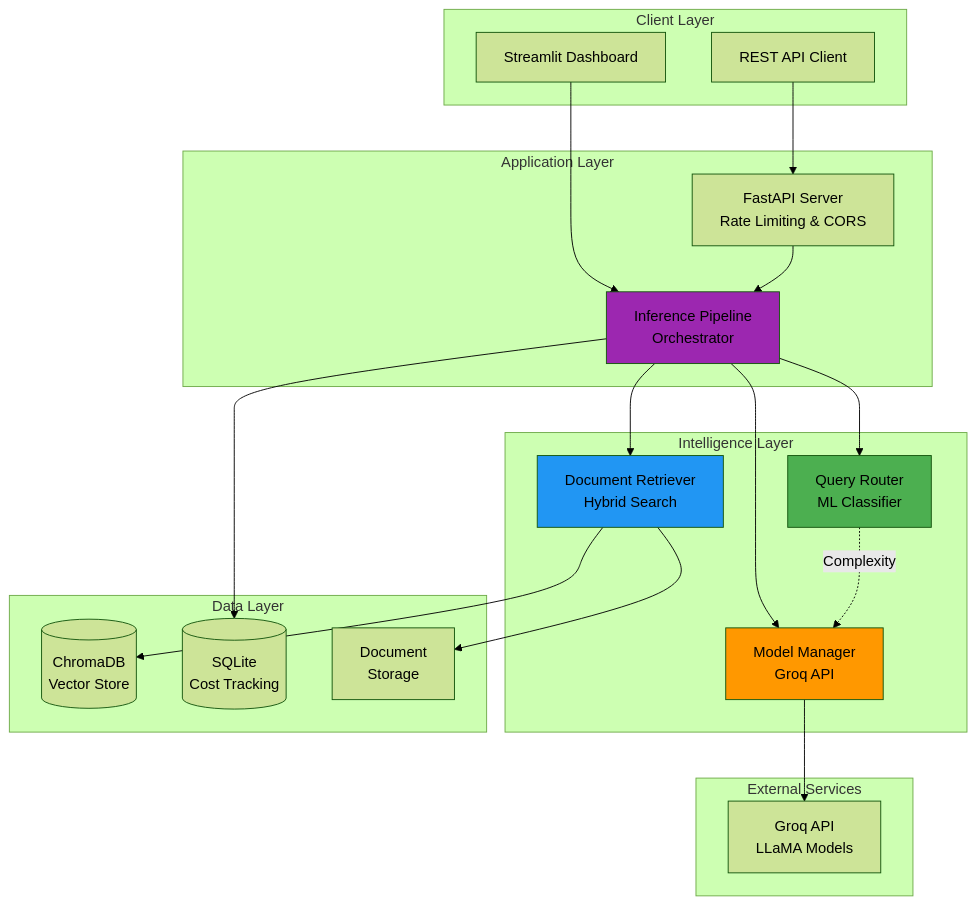
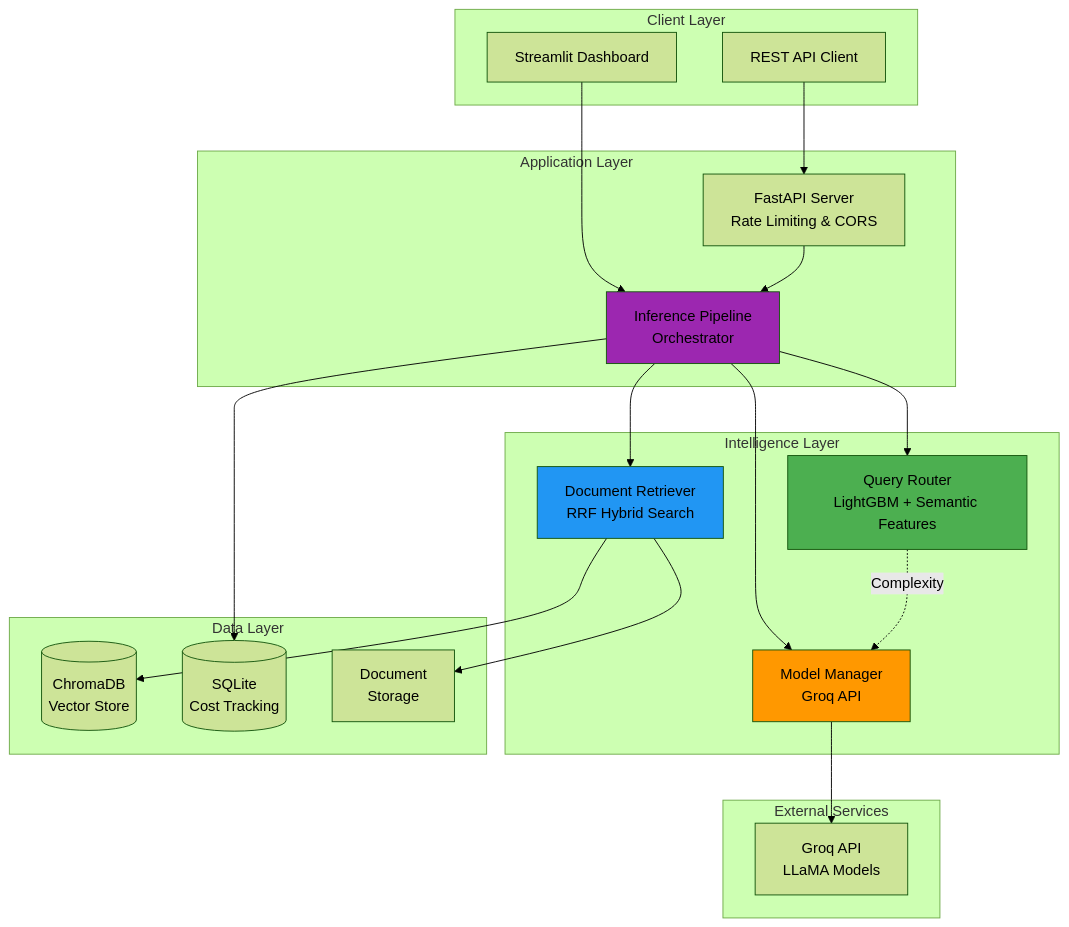
One commit to JavithNaseem-J/SmartRoute-AI changed the first of 3 diagrams in README.md. Above: the diagram before and after it, drawn with Mermaid (forest theme). The commit also changed other lines of this file and 9 other files, not shown here.

````diff
--- a/README.md
+++ b/README.md
@@ -69,48 +69,48 @@
 ```mermaid
 graph TB
     subgraph "Client Layer"
         UI[Streamlit Dashboard]
         API[REST API Client]
     end
     
     subgraph "Application Layer"
         FastAPI[FastAPI Server<br/>Rate Limiting & CORS]
         Pipeline[Inference Pipeline<br/>Orchestrator]
     end
     
     subgraph "Intelligence Layer"
-        Router[Query Router<br/>ML Classifier]
-        Retriever[Document Retriever<br/>Hybrid Search]
+        Router[Query Router<br/>LightGBM + Semantic Features]
+        Retriever[Document Retriever<br/>RRF Hybrid Search]
         ModelMgr[Model Manager<br/>Groq API]
     end
     
     subgraph "Data Layer"
         ChromaDB[(ChromaDB<br/>Vector Store)]
         SQLite[(SQLite<br/>Cost Tracking)]
         Docs[Document<br/>Storage]
     end
     
     subgraph "External Services"
         Groq[Groq API<br/>LLaMA Models]
     end
     
     UI --> Pipeline
     API --> FastAPI
     FastAPI --> Pipeline
     
     Pipeline --> Router
     Pipeline --> Retriever
     Pipeline --> ModelMgr
     
     Router -.->|Complexity| ModelMgr
     Retriever --> ChromaDB
     Retriever --> Docs
     ModelMgr --> Groq
     
     Pipeline --> SQLite
     
     style Router fill:#4CAF50
     style Retriever fill:#2196F3
     style ModelMgr fill:#FF9800
     style Pipeline fill:#9C27B0
 ```
````
